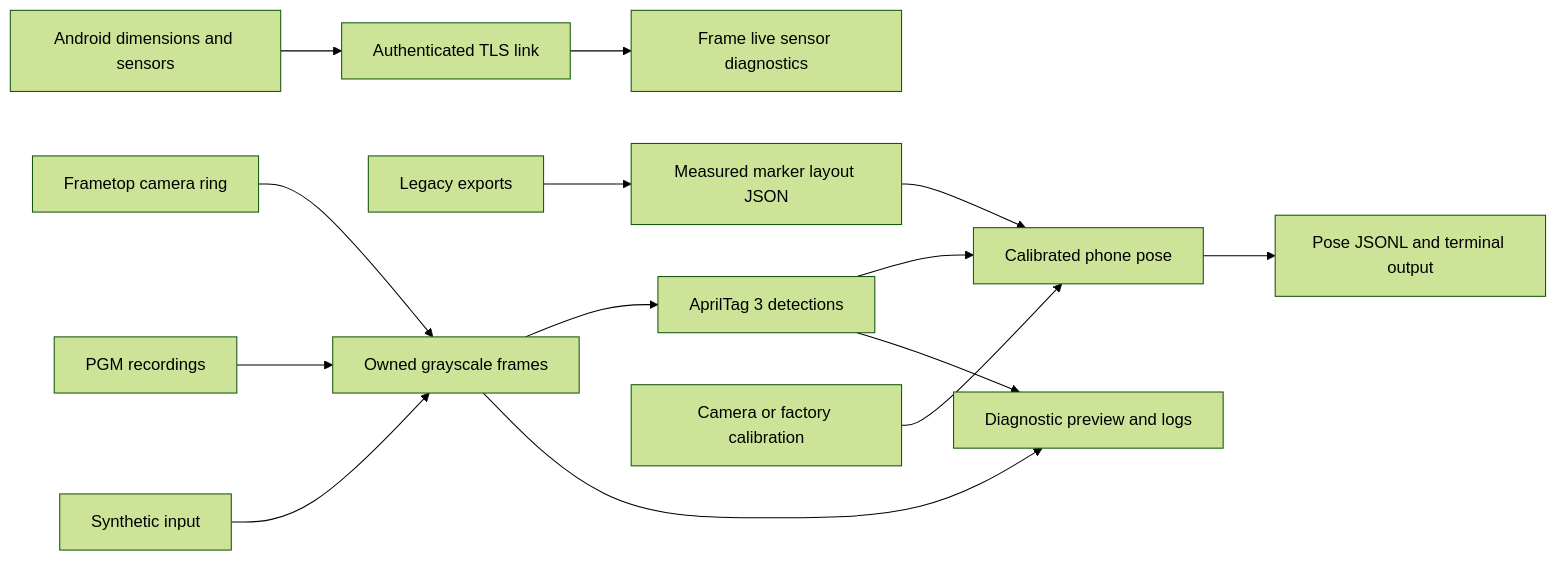
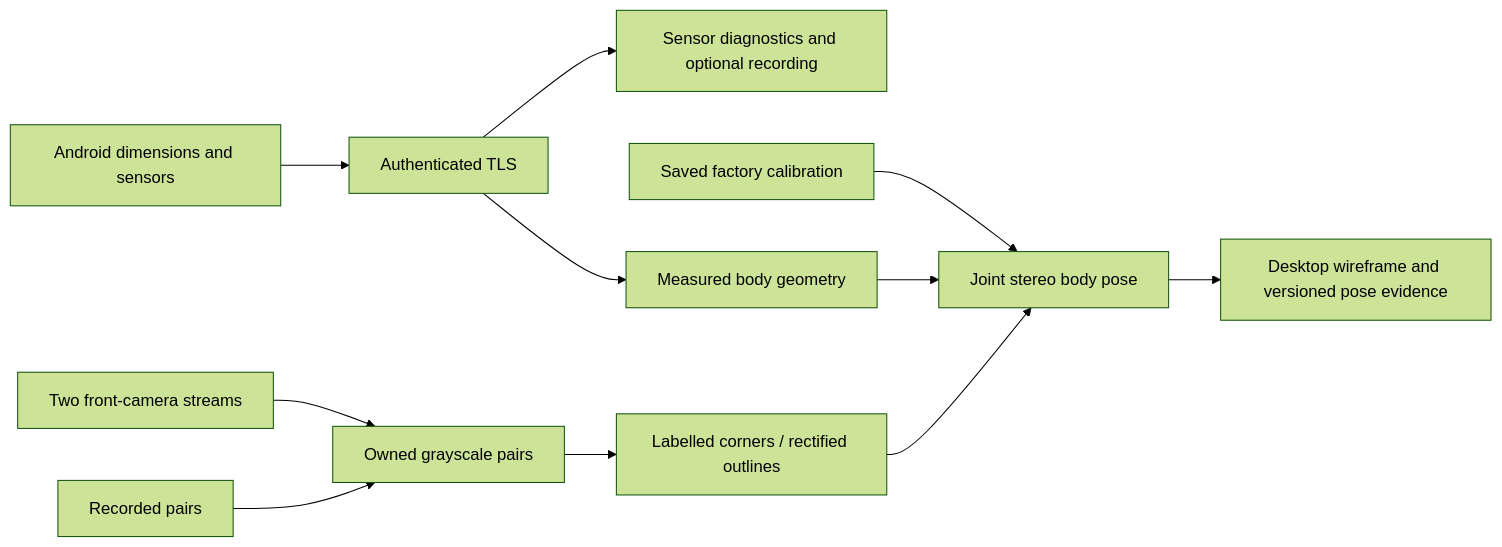
One commit to MarkEScheidker/FramePhone changed the diagram in frame/docs/ARCHITECTURE.md. Above: the diagram before and after it, drawn with Mermaid (forest theme). The commit also changed other lines of this file and 78 other files, not shown here.

Commit message:
Replace fiducial tracking with markerless stereo phone pose estimation

````diff
--- a/frame/docs/ARCHITECTURE.md
+++ b/frame/docs/ARCHITECTURE.md
@@ -11,16 +8,13 @@
 ```mermaid
 flowchart LR
-    Phone[Android dimensions and sensors] --> TLS[Authenticated TLS link]
-    TLS --> Telemetry[Frame live sensor diagnostics]
-    Legacy[Legacy exports] --> Layout[Measured marker layout JSON]
-    Camera[Frametop camera ring] --> Frames[Owned grayscale frames]
-    Replay[PGM recordings] --> Frames
-    Synthetic[Synthetic input] --> Frames
-    Frames --> Tags[AprilTag 3 detections]
-    Layout --> Pose[Calibrated phone pose]
-    Tags --> Pose
-    Calibration[Camera or factory calibration] --> Pose
-    Frames --> View[Diagnostic preview and logs]
-    Tags --> View
-    Pose --> Output[Pose JSONL and terminal output]
+    Phone[Android dimensions and sensors] --> TLS[Authenticated TLS]
+    TLS --> Telemetry[Sensor diagnostics and optional recording]
+    TLS --> Body[Measured body geometry]
+    Camera[Two front-camera streams] --> Frames[Owned grayscale pairs]
+    Replay[Recorded pairs] --> Frames
+    Frames --> Edges[Labelled corners / rectified outlines]
+    Calibration[Saved factory calibration] --> Pose[Joint stereo body pose]
+    Body --> Pose
+    Edges --> Pose
+    Pose --> Output[Desktop wireframe and versioned pose evidence]
 ```
````
